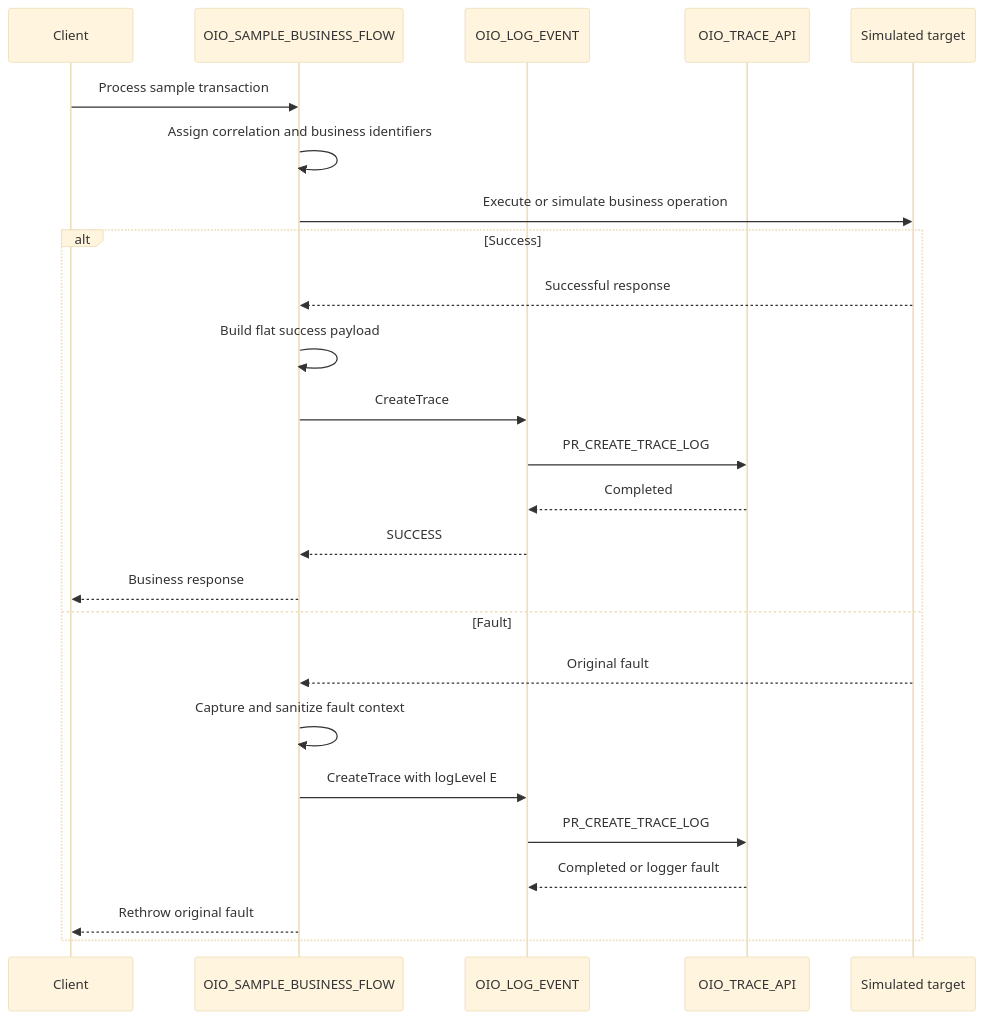
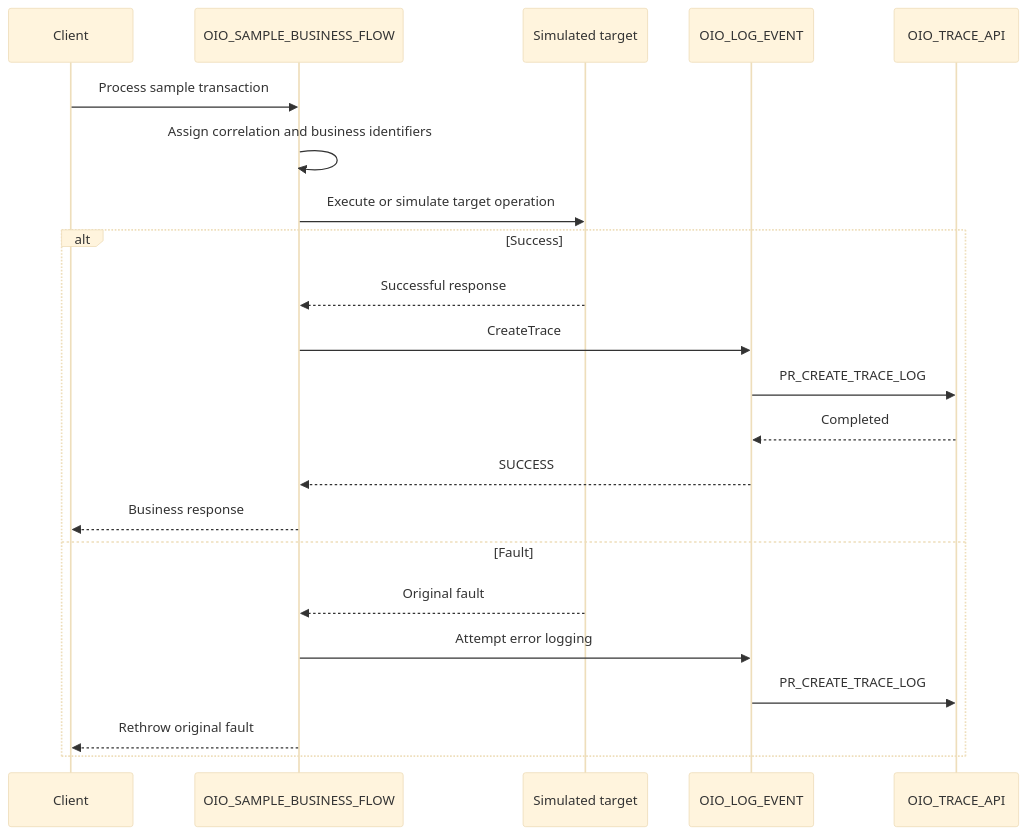
The third of 3 diagrams in oic/implementation-pattern.md (lucianosilva/oracle-integration-observability), drawn with Mermaid (base theme) before and after one commit. The commit also changed other lines of this file and 5 other files, not shown here.

````diff
--- a/oic/implementation-pattern.md
+++ b/oic/implementation-pattern.md
@@ -171,29 +129,26 @@
 ```mermaid
 sequenceDiagram
     participant Client
     participant Sample as OIO_SAMPLE_BUSINESS_FLOW
+    participant Target as Simulated target
     participant Logger as OIO_LOG_EVENT
     participant DB as OIO_TRACE_API
-    participant Target as Simulated target
 
     Client->>Sample: Process sample transaction
     Sample->>Sample: Assign correlation and business identifiers
-    Sample->>Target: Execute or simulate business operation
+    Sample->>Target: Execute or simulate target operation
 
     alt Success
         Target-->>Sample: Successful response
-        Sample->>Sample: Build flat success payload
         Sample->>Logger: CreateTrace
         Logger->>DB: PR_CREATE_TRACE_LOG
         DB-->>Logger: Completed
         Logger-->>Sample: SUCCESS
         Sample-->>Client: Business response
     else Fault
         Target-->>Sample: Original fault
-        Sample->>Sample: Capture and sanitize fault context
-        Sample->>Logger: CreateTrace with logLevel E
+        Sample->>Logger: Attempt error logging
         Logger->>DB: PR_CREATE_TRACE_LOG
-        DB-->>Logger: Completed or logger fault
         Sample-->>Client: Rethrow original fault
     end
 ```
````
